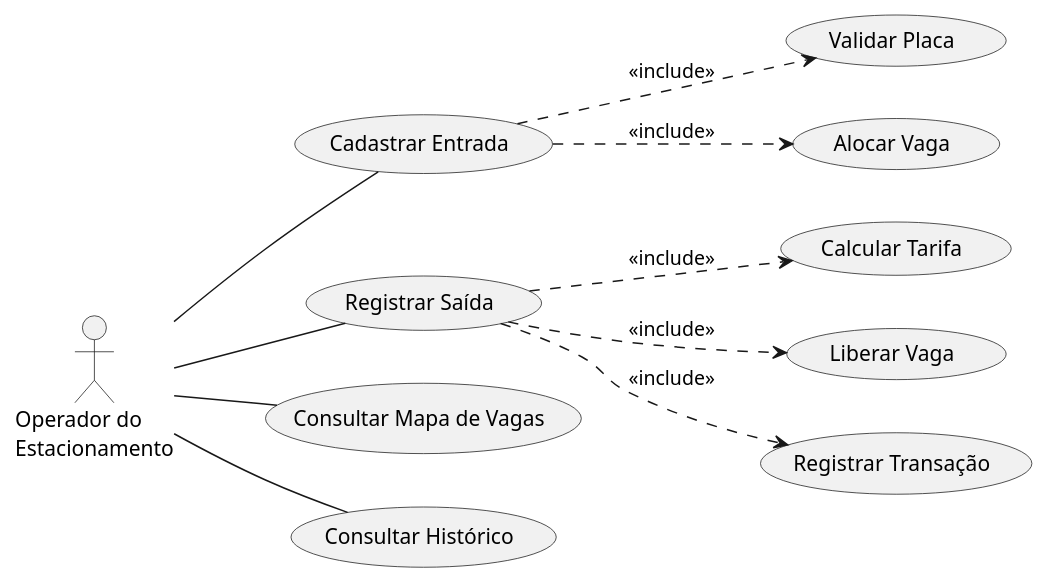
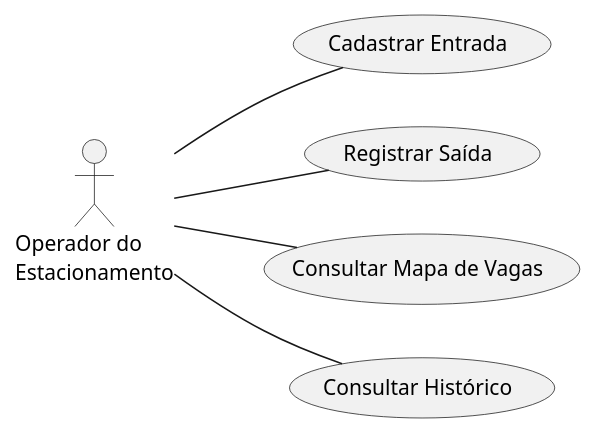
Before and after one commit to muriklo/park_manager: the first of 2 diagrams in analise.md, drawn with PlantUML. The commit also changed 1 other file, not shown here.

Commit message:
correção projeto v1.2

````diff
--- a/analise.md
+++ b/analise.md
@@ -76,31 +76,18 @@
 ```plantuml
 @startuml
 left to right direction
 
 actor "Operador do\nEstacionamento" as O
 
 usecase "Cadastrar Entrada" as UC1
 usecase "Registrar Saída" as UC2
 usecase "Consultar Mapa de Vagas" as UC3
 usecase "Consultar Histórico" as UC4
 
-usecase "Validar Placa" as UC5
-usecase "Alocar Vaga" as UC6
-usecase "Calcular Tarifa" as UC7
-usecase "Liberar Vaga" as UC8
-usecase "Registrar Transação" as UC9
-
 O -- UC1
 O -- UC2
 O -- UC3
 O -- UC4
 
-UC1 ..> UC5 : <<include>>
-UC1 ..> UC6 : <<include>>
-
-UC2 ..> UC7 : <<include>>
-UC2 ..> UC8 : <<include>>
-UC2 ..> UC9 : <<include>>
-
 @enduml
 ```
````
